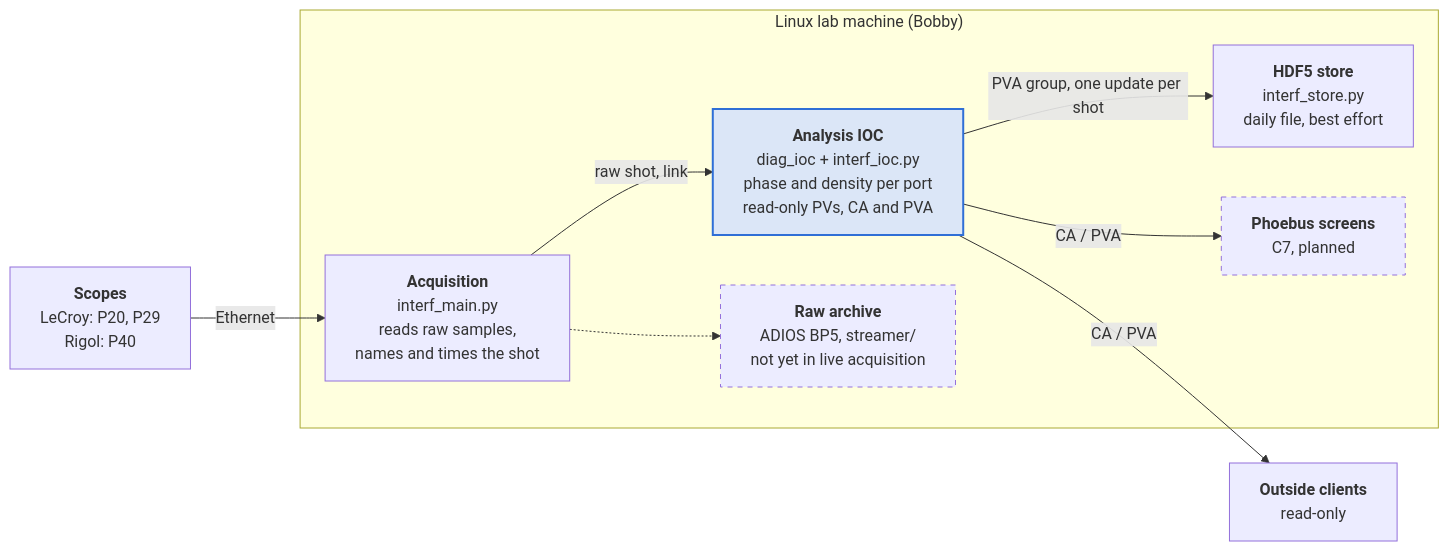
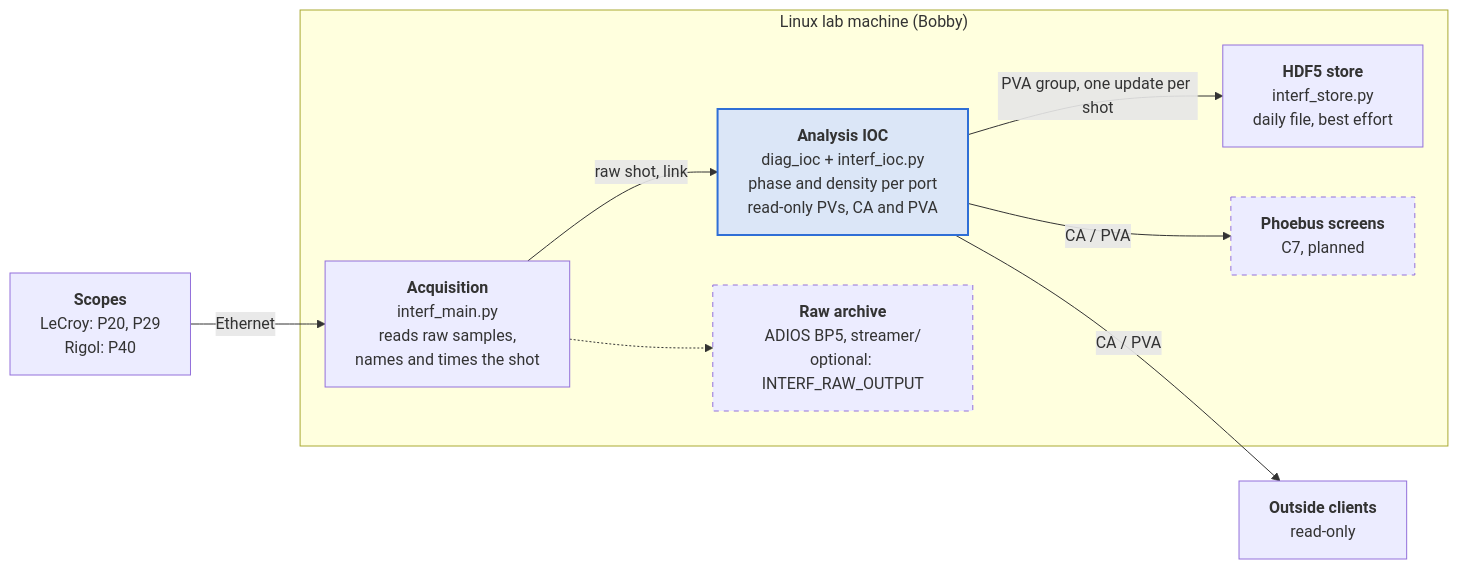
One commit to BaPSF/bapsf_interferometer changed the first of 2 diagrams in README.md. Above: the diagram before and after it, drawn with Mermaid. The commit also changed other lines of this file and 13 other files, not shown here.

````diff
--- a/README.md
+++ b/README.md
@@ -7,27 +7,27 @@
 ```mermaid
 flowchart LR
   accTitle: Interferometer data path
   accDescr: The two scopes feed acquisition on the Linux lab machine. Acquisition sends each raw shot over a local link to the analysis IOC, which publishes phase and density as read-only EPICS PVs. The HDF5 store, the screens and outside clients read those PVs.
 
   scopes["<b>Scopes</b><br/>LeCroy: P20, P29<br/>Rigol: P40"]
   subgraph bobby["Linux lab machine (Bobby)"]
     acq["<b>Acquisition</b><br/>interf_main.py<br/>reads raw samples,<br/>names and times the shot"]
     ioc["<b>Analysis IOC</b><br/>diag_ioc + interf_ioc.py<br/>phase and density per port<br/>read-only PVs, CA and PVA"]
     store["<b>HDF5 store</b><br/>interf_store.py<br/>daily file, best effort"]
     screens["<b>Phoebus screens</b><br/>C7, planned"]
-    arch["<b>Raw archive</b><br/>ADIOS BP5, streamer/<br/>not yet in live acquisition"]
+    arch["<b>Raw archive</b><br/>ADIOS BP5, streamer/<br/>optional: INTERF_RAW_OUTPUT"]
   end
   outside["<b>Outside clients</b><br/>read-only"]
 
   scopes -- Ethernet --> acq
   acq -- "raw shot, link<br/>" --> ioc
   acq -.-> arch
   ioc -- "PVA group, one update per shot" --> store
   ioc -- CA / PVA --> screens
   ioc -- CA / PVA --> outside
 
   classDef core fill:#dbe6f7,stroke:#2f6fd6,stroke-width:2px
   classDef planned stroke-dasharray:5 5
   class ioc core
   class screens,arch planned
 ```
````
